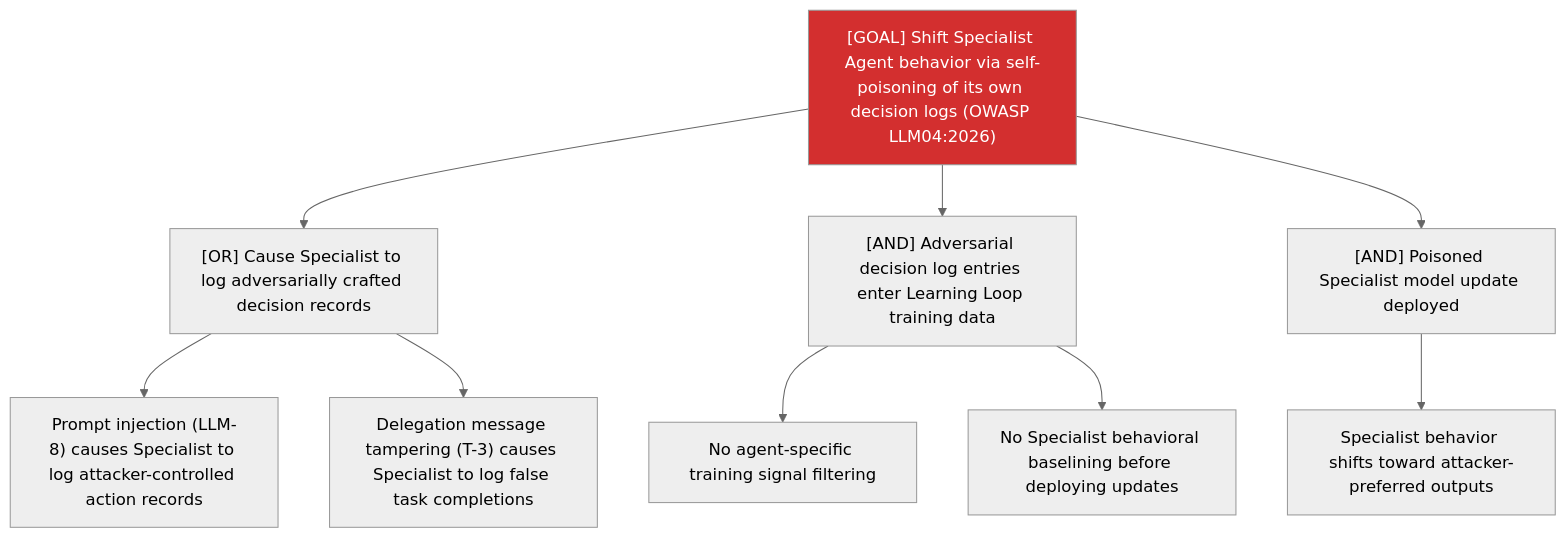
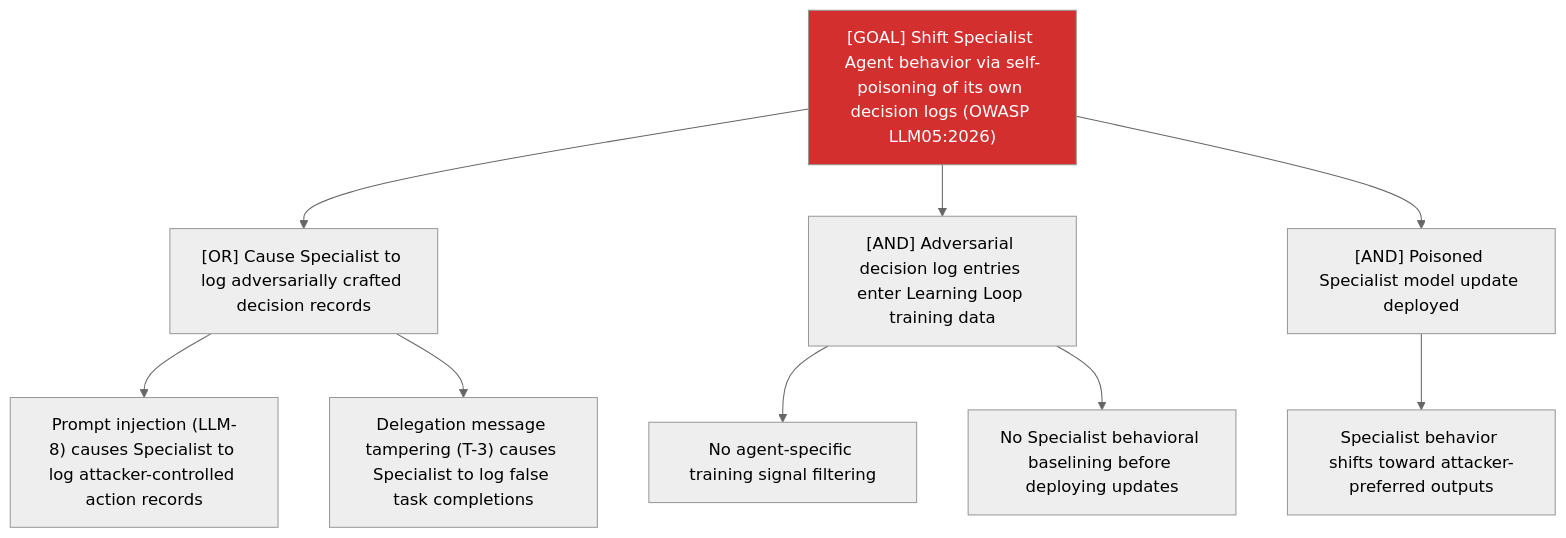
The diagram in examples/agentic-app/sample-report/attack-trees/llm-9-attack-tree.md (pratik-saptarshi/tachi-rust), drawn with Mermaid (neutral theme) before and after one commit. The commit also changed 7 other files, not shown here.

````diff
--- a/examples/agentic-app/sample-report/attack-trees/llm-9-attack-tree.md
+++ b/examples/agentic-app/sample-report/attack-trees/llm-9-attack-tree.md
@@ -7,14 +7,14 @@
 ```mermaid
 graph TD
-    Goal["[GOAL] Shift Specialist Agent behavior via self-poisoning of its own decision logs (OWASP LLM04:2026)"]
+    Goal["[GOAL] Shift Specialist Agent behavior via self-poisoning of its own decision logs (OWASP LLM05:2026)"]
     Goal --> A["[OR] Cause Specialist to log adversarially crafted decision records"]
     A --> A1["Prompt injection (LLM-8) causes Specialist to log attacker-controlled action records"]
     A --> A2["Delegation message tampering (T-3) causes Specialist to log false task completions"]
     Goal --> B["[AND] Adversarial decision log entries enter Learning Loop training data"]
     B --> B1["No agent-specific training signal filtering"]
     B --> B2["No Specialist behavioral baselining before deploying updates"]
     Goal --> C["[AND] Poisoned Specialist model update deployed"]
     C --> C1["Specialist behavior shifts toward attacker-preferred outputs"]
     classDef critical fill:#d32f2f,color:#fff
     class Goal critical
 ```
````
